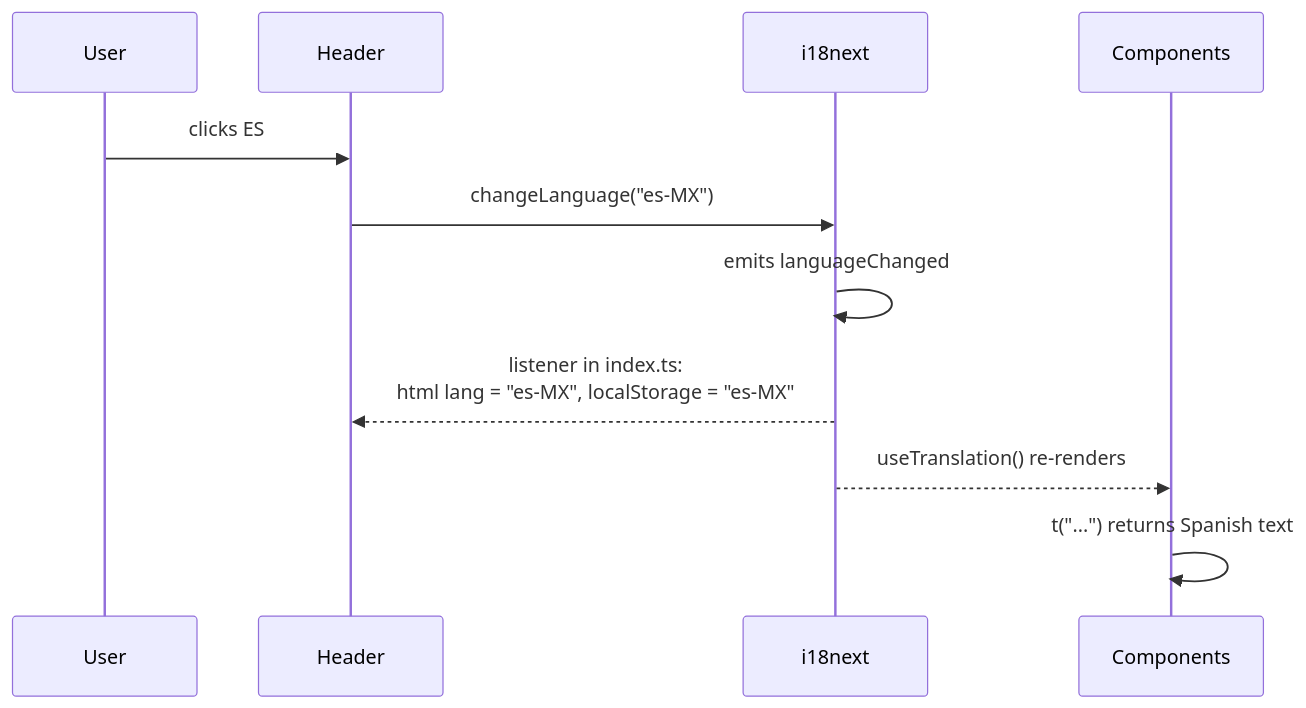
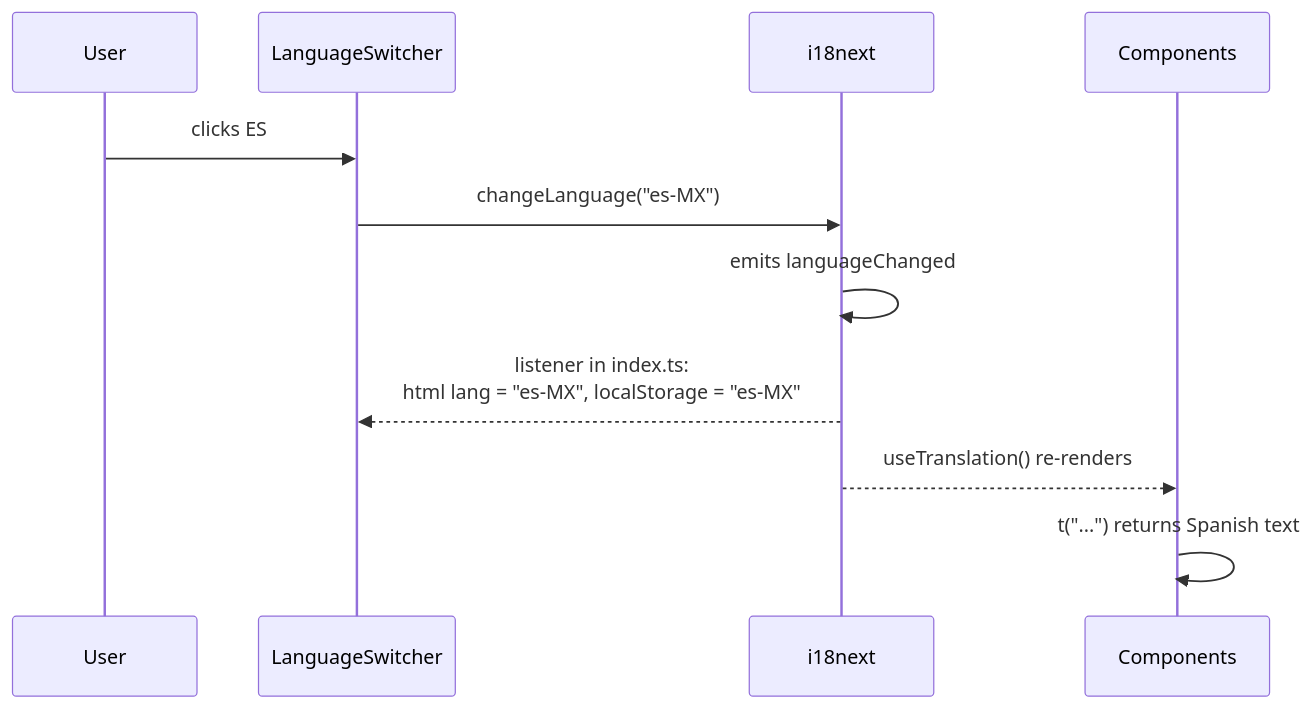
The diagram in docs/i18n.md (landoicco/itacatl), drawn with Mermaid before and after one commit. The commit also changed other lines of this file and 6 other files, not shown here.

First line of the commit message:
Document the architecture, theming and verticals

````diff
--- a/docs/i18n.md
+++ b/docs/i18n.md
@@ -67,13 +67,13 @@
 ```mermaid
 sequenceDiagram
     participant U as User
-    participant H as Header
+    participant S as LanguageSwitcher
     participant I as i18next
     participant C as Components
-    U->>H: clicks ES
-    H->>I: changeLanguage("es-MX")
+    U->>S: clicks ES
+    S->>I: changeLanguage("es-MX")
     I->>I: emits languageChanged
-    I-->>H: listener in index.ts:<br/>html lang = "es-MX", localStorage = "es-MX"
+    I-->>S: listener in index.ts:<br/>html lang = "es-MX", localStorage = "es-MX"
     I-->>C: useTranslation() re-renders
     C->>C: t("...") returns Spanish text
 ```
````
